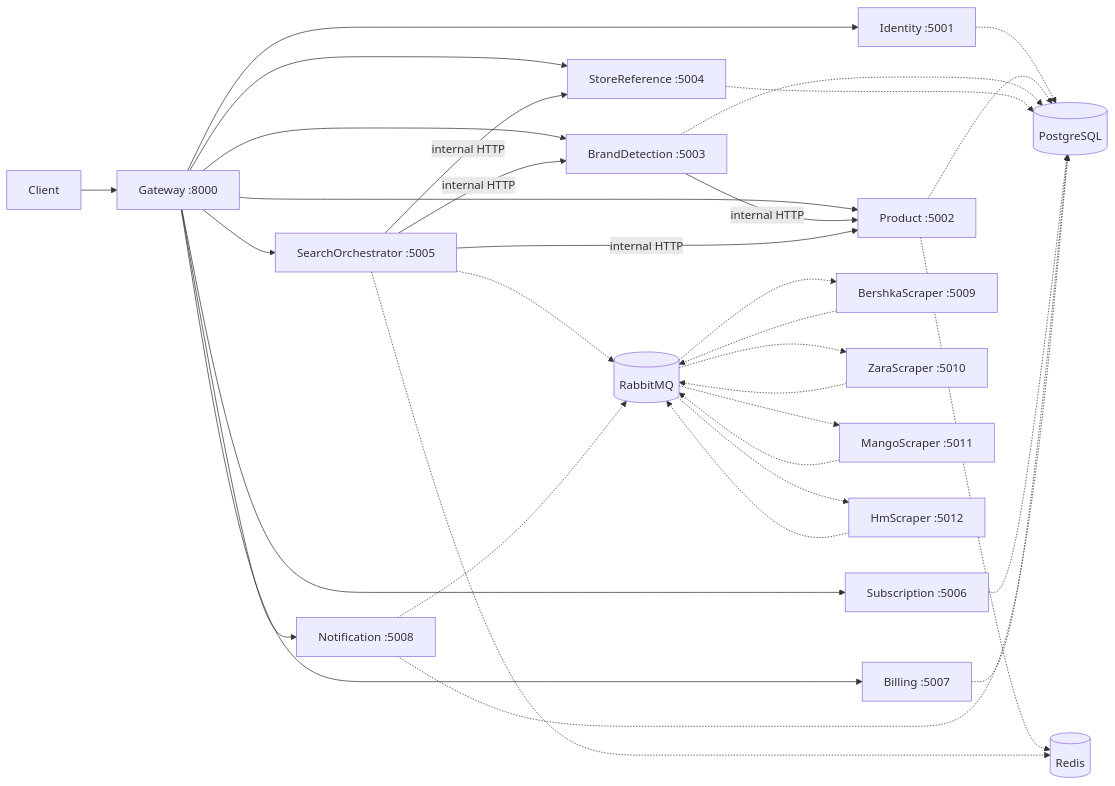
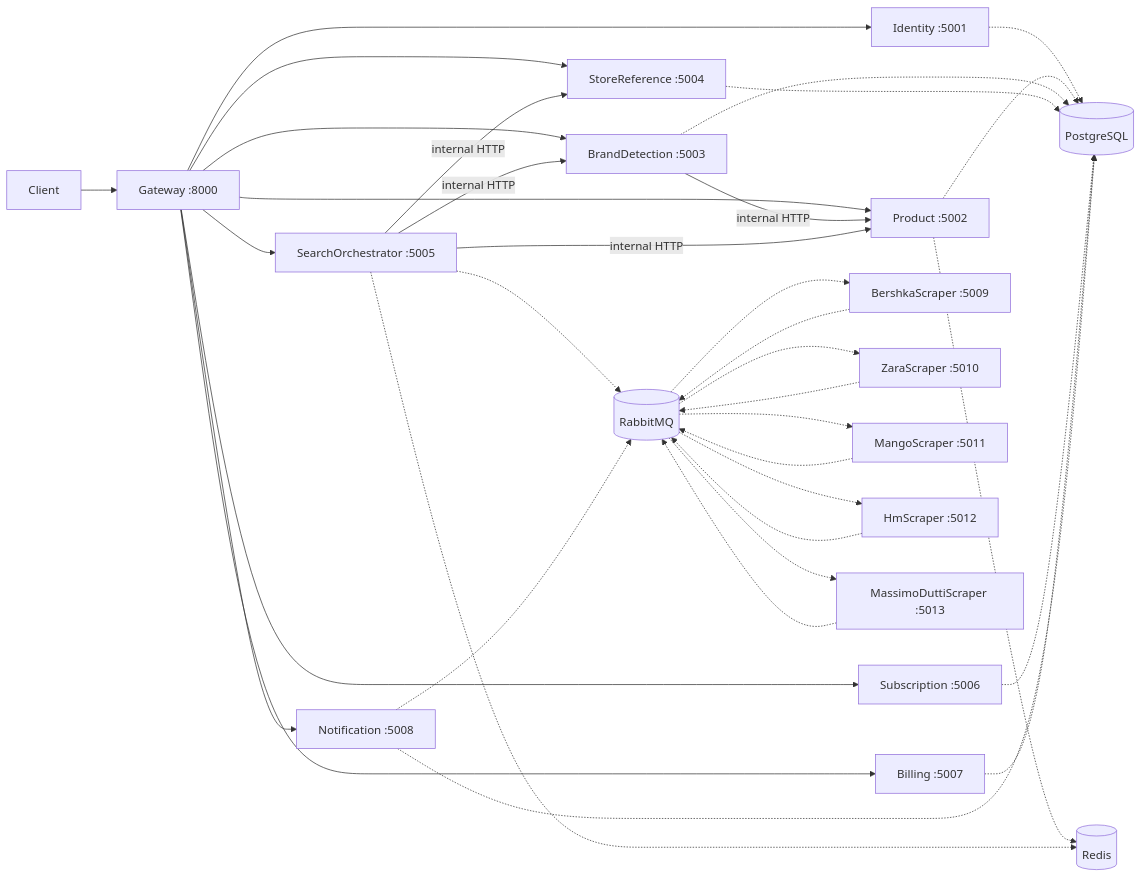
One commit to hnbirsen/StockTracker changed the diagram in README.md. Above: the diagram before and after it, drawn with Mermaid. The commit also changed other lines of this file and 25 other files, not shown here.

First line of the commit message:
feat: Add Massimo Dutti store data and implement stock checking functionality

````diff
--- a/README.md
+++ b/README.md
@@ -25,39 +25,41 @@
 ```mermaid
 flowchart LR
     Client[Client] --> Gateway[Gateway :8000]
 
     Gateway --> Identity[Identity :5001]
     Gateway --> Product[Product :5002]
     Gateway --> Brand[BrandDetection :5003]
     Gateway --> Store[StoreReference :5004]
     Gateway --> Search[SearchOrchestrator :5005]
     Gateway --> Subscription[Subscription :5006]
     Gateway --> Billing[Billing :5007]
     Gateway --> Notification[Notification :5008]
 
     Brand -->|internal HTTP| Product
     Search -->|internal HTTP| Product
     Search -->|internal HTTP| Brand
     Search -->|internal HTTP| Store
 
     Identity -.-> PG[(PostgreSQL)]
     Product -.-> PG
     Brand -.-> PG
     Store -.-> PG
     Subscription -.-> PG
     Billing -.-> PG
     Notification -.-> PG
 
     Product -.-> Redis[(Redis)]
     Search -.-> Redis
     Search -.-> MQ[(RabbitMQ)]
     Notification -.-> MQ
     MQ -.-> Scraper[BershkaScraper :5009]
     Scraper -.-> MQ
     MQ -.-> ZaraScraper[ZaraScraper :5010]
     ZaraScraper -.-> MQ
     MQ -.-> MangoScraper[MangoScraper :5011]
     MangoScraper -.-> MQ
     MQ -.-> HmScraper[HmScraper :5012]
     HmScraper -.-> MQ
+    MQ -.-> MassimoDuttiScraper[MassimoDuttiScraper :5013]
+    MassimoDuttiScraper -.-> MQ
 ```
````
